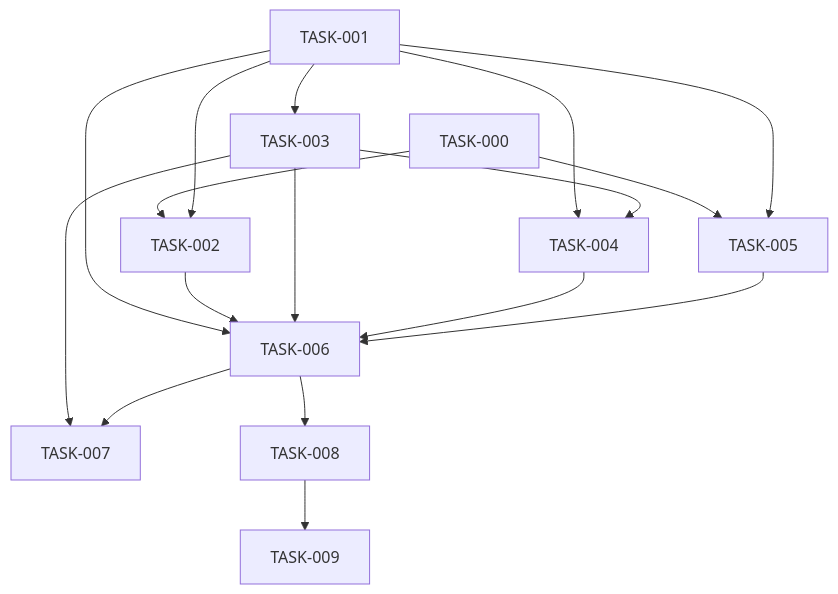
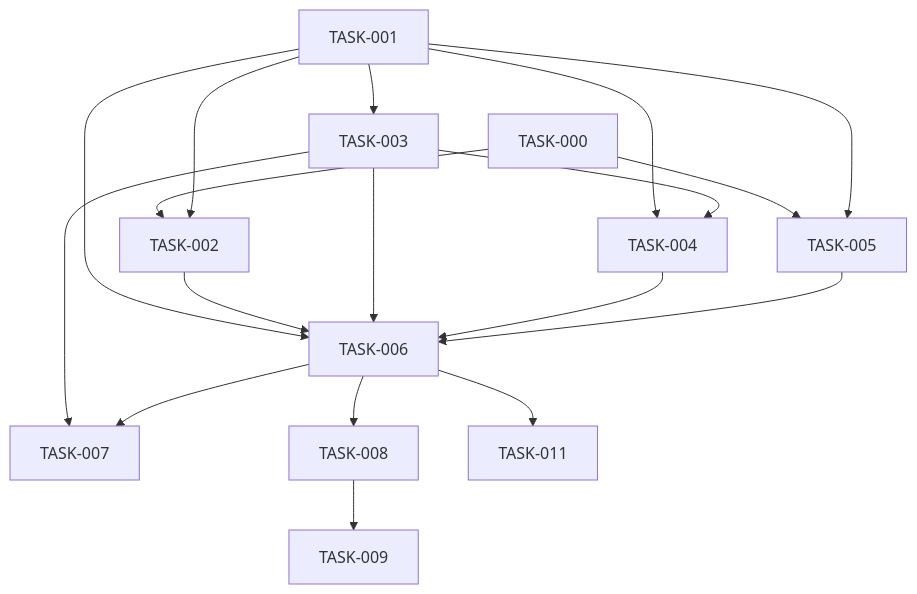
The diagram in doc/backlog/EPIC-001-chat-context-management/epic.md (KolesnikMichael/yoda-chat-bot), drawn with Mermaid before and after one commit. The commit also changed other lines of this file and 25 other files, not shown here.

````diff
--- a/doc/backlog/EPIC-001-chat-context-management/epic.md
+++ b/doc/backlog/EPIC-001-chat-context-management/epic.md
@@ -71,19 +72,20 @@
 ```mermaid
 graph TD
     T0[TASK-000] --> T2[TASK-002]
     T0 --> T5[TASK-005]
     T1[TASK-001] --> T2
     T1 --> T3[TASK-003]
     T1 --> T4[TASK-004]
     T1 --> T5
     T1 --> T6[TASK-006]
     T2 --> T6
     T3 --> T4
     T3 --> T6
     T3 --> T7[TASK-007]
     T4 --> T6
     T5 --> T6
     T6 --> T7
     T6 --> T8[TASK-008]
+    T6 --> T11[TASK-011]
     T8 --> T9[TASK-009]
 ```
````
